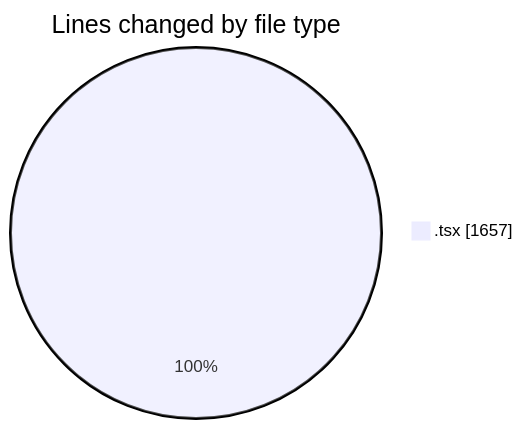
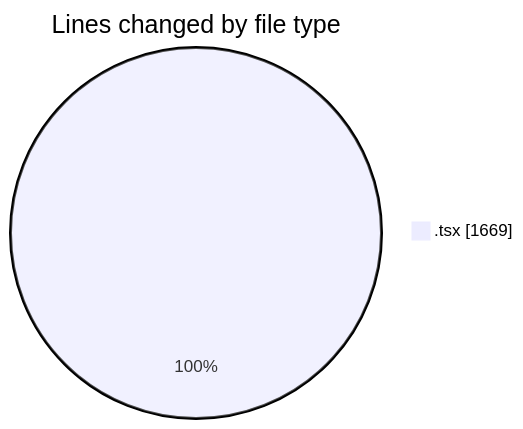
One commit to momahboobian/code-tracking changed the first of 2 diagrams in 2025-10-03/cda/README.md. Above: the diagram before and after it, drawn with Mermaid. The commit also changed other lines of this file and 1 other file, not shown here.

````diff
--- a/2025-10-03/cda/README.md
+++ b/2025-10-03/cda/README.md
@@ -23,5 +23,5 @@
 ```mermaid
 pie showData
 title Lines changed by file type
-".tsx" : 1657
+".tsx" : 1669
 ```
````
